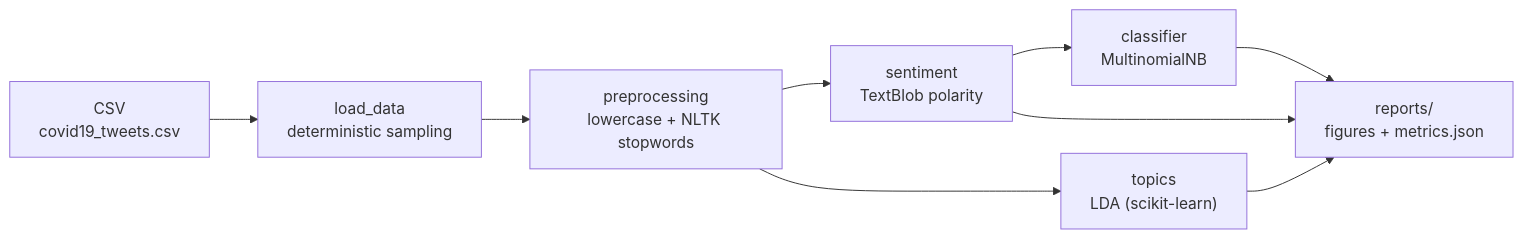
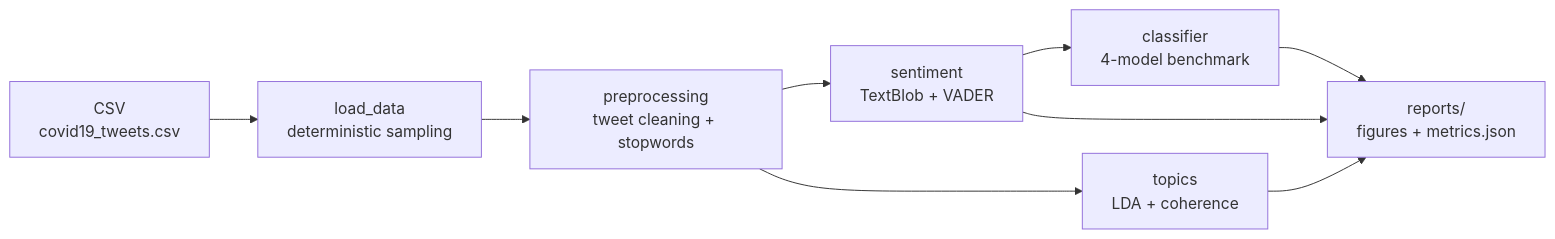
The diagram in README.md (ntsation/tweet-sentiment-analysis), drawn with Mermaid before and after one commit. The commit also changed other lines of this file and 1 other file, not shown here.

Commit message:
docs: atualiza READMEs com benchmark, concordância, timeline e coerência

````diff
--- a/README.md
+++ b/README.md
@@ -20,11 +21,11 @@
 ```mermaid
 flowchart LR
     A["CSV<br/>covid19_tweets.csv"] --> B["load_data<br/>deterministic sampling"]
-    B --> C["preprocessing<br/>lowercase + NLTK stopwords"]
-    C --> D["sentiment<br/>TextBlob polarity"]
-    C --> E["topics<br/>LDA (scikit-learn)"]
-    D --> F["classifier<br/>MultinomialNB"]
+    B --> C["preprocessing<br/>tweet cleaning + stopwords"]
+    C --> D["sentiment<br/>TextBlob + VADER"]
+    C --> E["topics<br/>LDA + coherence"]
+    D --> F["classifier<br/>4-model benchmark"]
     D --> G["reports/<br/>figures + metrics.json"]
     E --> G
     F --> G
 ```
````
